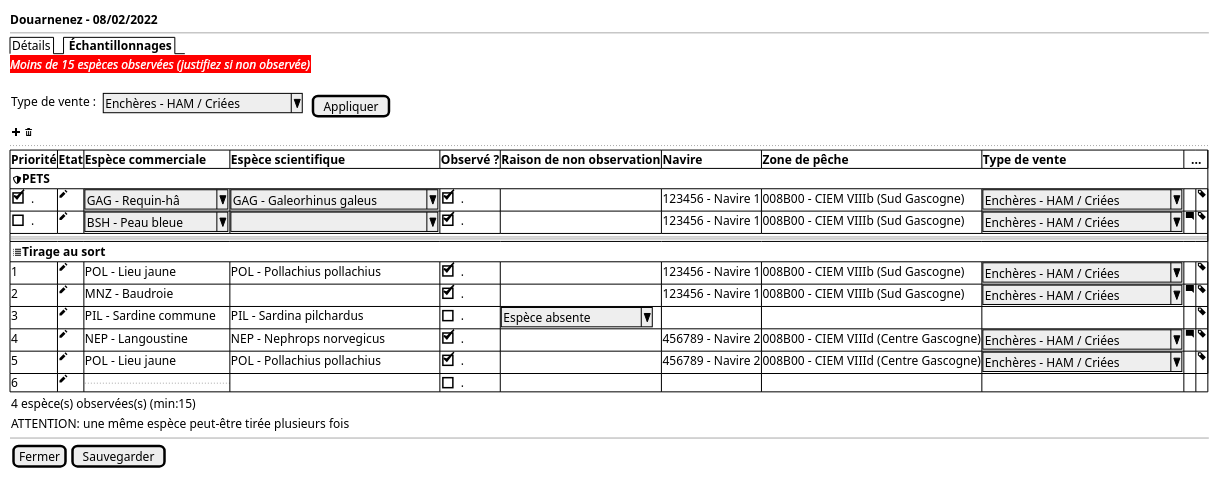
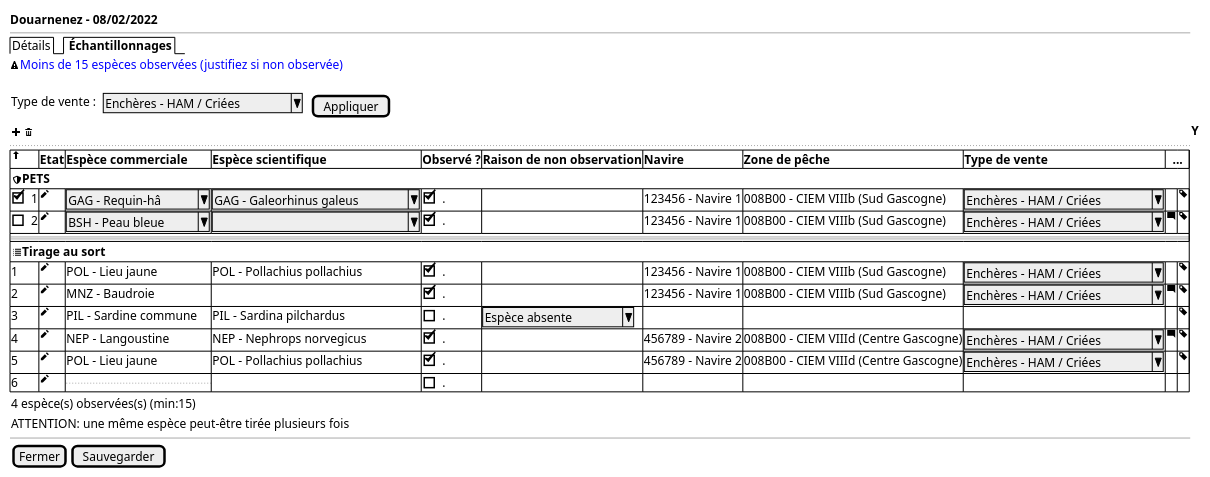
Before and after one commit to sumaris-net/sumaris-doc: the diagram in projects/obsvente/spe/images/landings-table-pets-random.puml, drawn with PlantUML. The commit also changed 4 other files, not shown here.

```diff
--- a/projects/obsvente/spe/images/landings-table-pets-random.puml
+++ b/projects/obsvente/spe/images/landings-table-pets-random.puml
@@ -1,47 +1,47 @@
 @startsalt
 {
 <style>
 saltDiagram {
 }
 </style>
 
   <b>Douarnenez - 08/02/2022
   --
 
   {/  Détails | <b> Échantillonnages}
-  <back:red><font color=white><i>Moins de 15 espèces observées (justifiez si non observée)
+  <&warning><font color=blue>Moins de 15 espèces observées (justifiez si non observée)
   .
   { Type de vente : | . | ^Enchères - HAM / Criées^ | . | [Appliquer] }
-  { <&plus> <&trash> }
+  { <&plus> <&trash> } | <b>Y
   ..
 	{#
-	    <b>Priorité | <b>Etat | <b>Espèce commerciale | <b>Espèce scientifique  | <b>Observé ? | <b>Raison de non observation | <b>Navire | <b>Zone de pêche| <b>Type de vente | <b>  ... | *
+	    <&arrow-thick-top> | <b>Etat | <b>Espèce commerciale | <b>Espèce scientifique  | <b>Observé ? | <b>Raison de non observation | <b>Navire | <b>Zone de pêche| <b>Type de vente | <b>  ... | *
          {
           <&shield><b>PETS
          } | * | * | * | * | * | * | * | * | * | * | *
-        [X]. | <&pencil> | ^GAG - Requin-hâ ^ | ^GAG - Galeorhinus galeus^ | [X]. | . | 123456 - Navire 1 | 008B00 - CIEM VIIIb (Sud Gascogne) | ^Enchères - HAM / Criées^ | . | <&tag>
-        []. | <&pencil> | ^BSH - Peau bleue^ | ^                        ^ | [X]. | . | 123456 - Navire 1 | 008B00 - CIEM VIIIb (Sud Gascogne) | ^Enchères - HAM / Criées^ | <&comment-square> | <&tag>
+        [X] 1 | <&pencil> | ^GAG - Requin-hâ ^ | ^GAG - Galeorhinus galeus^ | [X]. | . | 123456 - Navire 1 | 008B00 - CIEM VIIIb (Sud Gascogne) | ^Enchères - HAM / Criées^ | . | <&tag>
+        [] 2 | <&pencil> | ^BSH - Peau bleue^ | ^                        ^ | [X]. | . | 123456 - Navire 1 | 008B00 - CIEM VIIIb (Sud Gascogne) | ^Enchères - HAM / Criées^ | <&comment-square> | <&tag>
         == | * | * | * | * | * | * | * | * | * | *
          {
              <&list><b>Tirage au sort
 
          } | * | * | * | * | * | * | * | * | * | * | *
         1 | <&pencil> |POL - Lieu jaune | POL - Pollachius pollachius | [X]. | . | 123456 - Navire 1 | 008B00 - CIEM VIIIb (Sud Gascogne) | ^Enchères - HAM / Criées^ | . | <&tag>
         2 | <&pencil> |MNZ - Baudroie | . |  [X]. | . | 123456 - Navire 1 | 008B00 - CIEM VIIIb (Sud Gascogne) | ^Enchères - HAM / Criées^ | <&comment-square> | <&tag>
         3 | <&pencil> |PIL - Sardine commune | PIL - Sardina pilchardus | [ ]. | ^ Espèce absente  ^  | . | . | . | . | <&tag>
         4 | <&pencil> |NEP - Langoustine | NEP - Nephrops norvegicus | [X]. | . | 456789 - Navire 2 | 008B00 - CIEM VIIId (Centre Gascogne) | ^Enchères - HAM / Criées^ | <&comment-square> | <&tag>
         5 | <&pencil> |POL - Lieu jaune | POL - Pollachius pollachius | [X]. | . | 456789 - Navire 2 | 008B00 - CIEM VIIId (Centre Gascogne) | ^Enchères - HAM / Criées^ | . | <&tag>
         6 | <&pencil> |... | . | [ ] . | . | . | . | . | .
 
     }
     { 4 espèce(s) observées(s) (min:15)  }
 
     { ATTENTION: une même espèce peut-être tirée plusieurs fois }
   --
 
 
   {
     [Fermer] | [Sauvegarder]
   }
 }
 @endsalt
```
